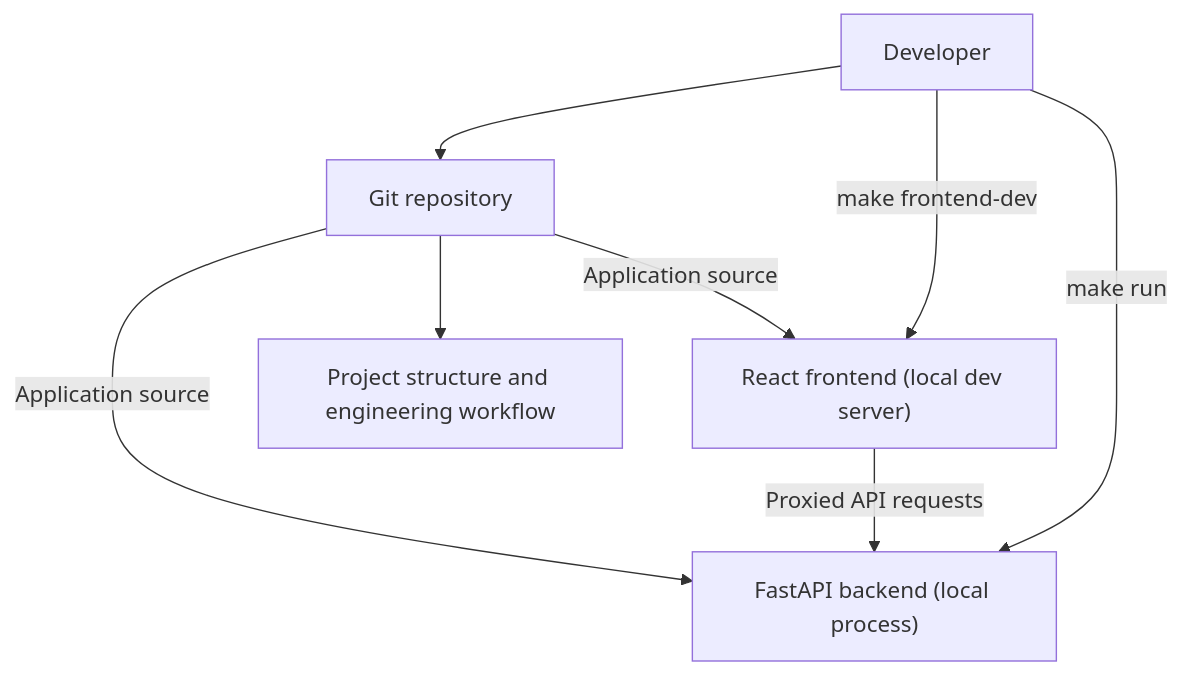
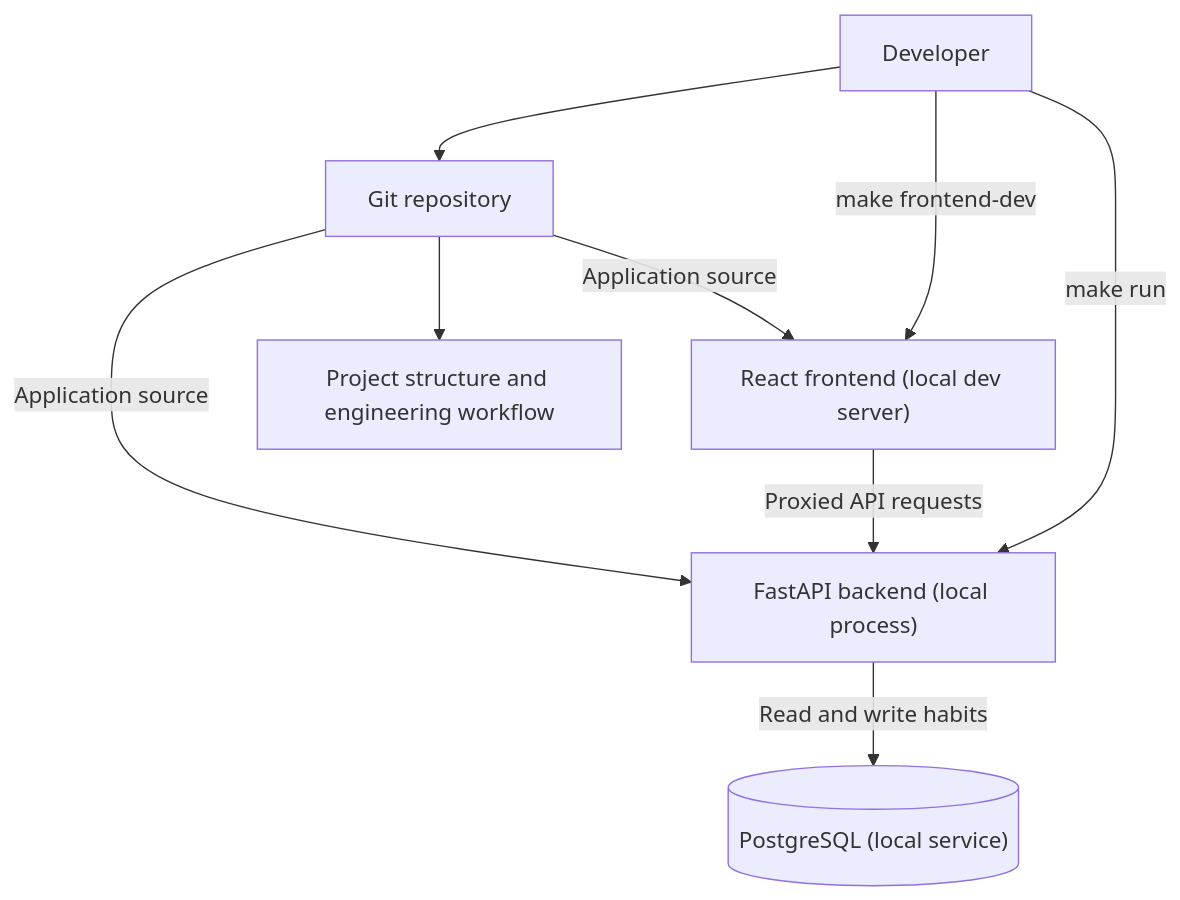
Before and after one commit to jddemonteverde/One-Serious-Project: the first of 5 diagrams in docs/architecture/overview.md, drawn with Mermaid. The commit also changed other lines of this file and 1 other file, not shown here.

First line of the commit message:
docs(project): document PostgreSQL setup and configuration

````diff
--- a/docs/architecture/overview.md
+++ b/docs/architecture/overview.md
@@ -18,10 +18,11 @@
 ```mermaid
 flowchart TD
   developer["Developer"] -->|make run| backend["FastAPI backend (local process)"]
   developer -->|make frontend-dev| frontend["React frontend (local dev server)"]
   frontend -->|Proxied API requests| backend
+  backend -->|Read and write habits| postgres[("PostgreSQL (local service)")]
   developer --> repository["Git repository"]
   repository -->|Application source| backend
   repository -->|Application source| frontend
   repository --> workflow["Project structure and engineering workflow"]
 ```
````
